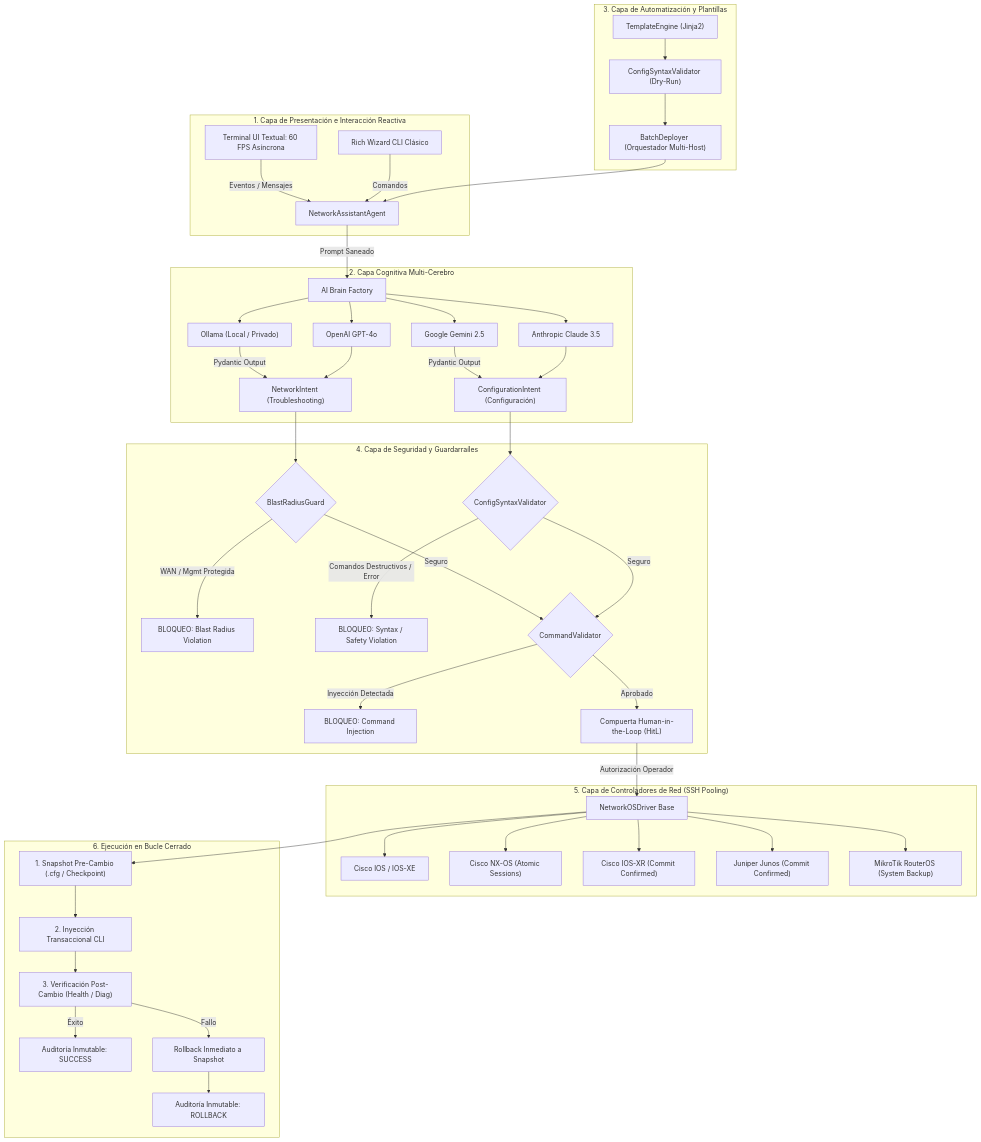
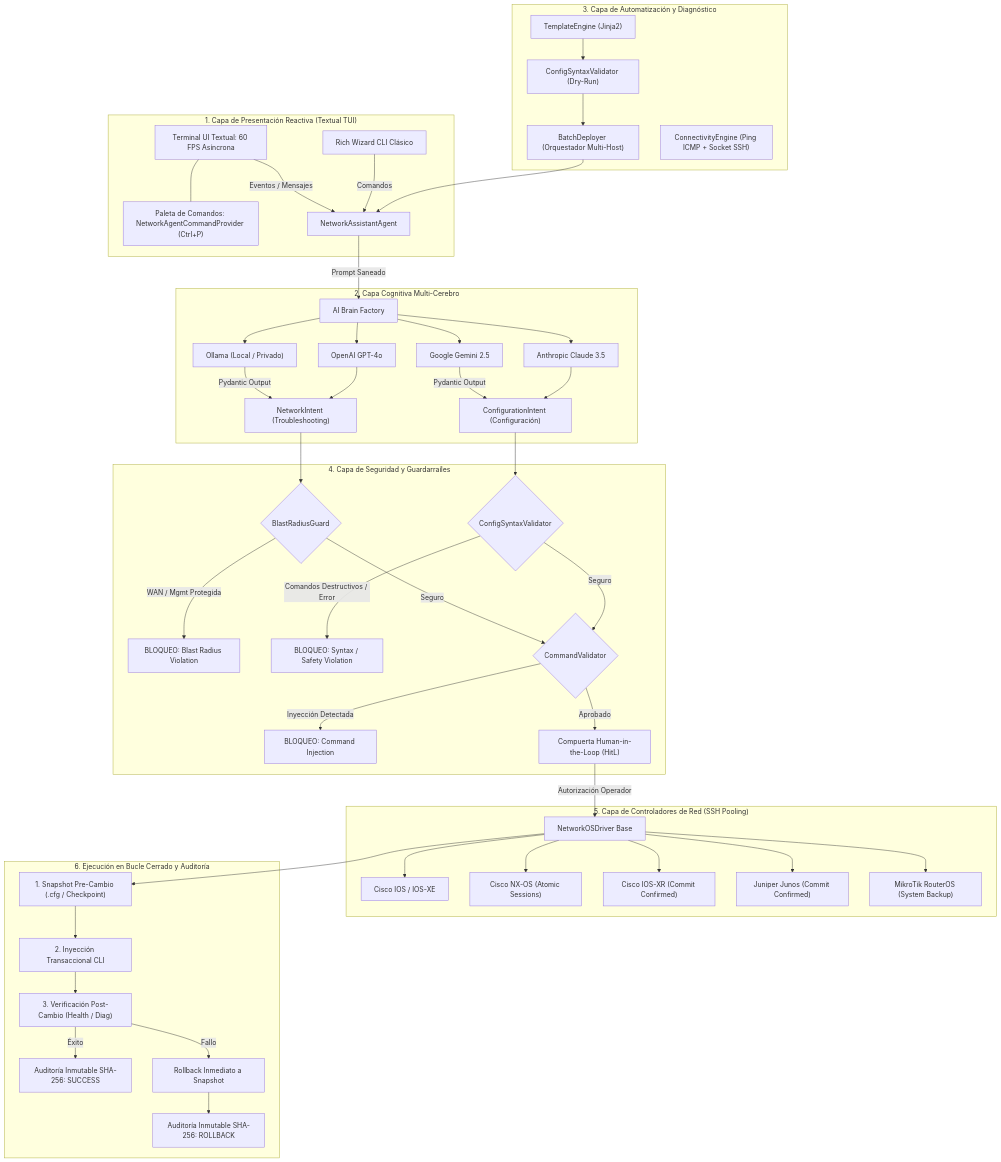
Before and after one commit to GuifMur98/networkingAgent: the first of 2 diagrams in docs/ARCHITECTURE.md, drawn with Mermaid. The commit also changed other lines of this file and 6 other files, not shown here.

````diff
--- a/docs/ARCHITECTURE.md
+++ b/docs/ARCHITECTURE.md
@@ -16,56 +17,59 @@
 ```mermaid
 flowchart TD
-    subgraph PresentationLayer ["1. Capa de Presentación e Interacción Reactiva"]
+    subgraph PresentationLayer ["1. Capa de Presentación Reactiva (Textual TUI)"]
         TUI["Terminal UI Textual: 60 FPS Asíncrona"]
+        PAL["Paleta de Comandos: NetworkAgentCommandProvider (Ctrl+P)"]
         CLI["Rich Wizard CLI Clásico"]
+        TUI --- PAL
         TUI -->|Eventos / Mensajes| AG["NetworkAssistantAgent"]
         CLI -->|Comandos| AG
     end
 
     subgraph CognitiveLayer ["2. Capa Cognitiva Multi-Cerebro"]
         AG -->|Prompt Saneado| BF["AI Brain Factory"]
         BF --> OLL["Ollama (Local / Privado)"]
         BF --> GEM["Google Gemini 2.5"]
         BF --> OAI["OpenAI GPT-4o"]
         BF --> CLA["Anthropic Claude 3.5"]
         OLL -->|Pydantic Output| NI["NetworkIntent (Troubleshooting)"]
         GEM -->|Pydantic Output| CI["ConfigurationIntent (Configuración)"]
         OAI --> NI
         CLA --> CI
     end
 
-    subgraph AutomationLayer ["3. Capa de Automatización y Plantillas"]
+    subgraph AutomationLayer ["3. Capa de Automatización y Diagnóstico"]
         TE["TemplateEngine (Jinja2)"] --> SV["ConfigSyntaxValidator (Dry-Run)"]
         SV --> BD["BatchDeployer (Orquestador Multi-Host)"]
+        CON["ConnectivityEngine (Ping ICMP + Socket SSH)"]
         BD --> AG
     end
 
     subgraph GuardrailLayer ["4. Capa de Seguridad y Guardarraíles"]
         NI --> BG{"BlastRadiusGuard"}
         CI --> SV2{"ConfigSyntaxValidator"}
         BG -->|WAN / Mgmt Protegida| BLK1["BLOQUEO: Blast Radius Violation"]
         SV2 -->|Comandos Destructivos / Error| BLK2["BLOQUEO: Syntax / Safety Violation"]
         BG -->|Seguro| CV{"CommandValidator"}
         SV2 -->|Seguro| CV
         CV -->|Inyección Detectada| BLK3["BLOQUEO: Command Injection"]
         CV -->|Aprobado| HITL["Compuerta Human-in-the-Loop (HitL)"]
     end
 
     subgraph DriverLayer ["5. Capa de Controladores de Red (SSH Pooling)"]
         HITL -->|Autorización Operador| DRV["NetworkOSDriver Base"]
         DRV --> D_IOS["Cisco IOS / IOS-XE"]
         DRV --> D_NX["Cisco NX-OS (Atomic Sessions)"]
         DRV --> D_XR["Cisco IOS-XR (Commit Confirmed)"]
         DRV --> D_JUN["Juniper Junos (Commit Confirmed)"]
         DRV --> D_TIK["MikroTik RouterOS (System Backup)"]
     end
 
-    subgraph ClosedLoopExecution ["6. Ejecución en Bucle Cerrado"]
+    subgraph ClosedLoopExecution ["6. Ejecución en Bucle Cerrado y Auditoría"]
         DRV --> SNAP["1. Snapshot Pre-Cambio (.cfg / Checkpoint)"]
         SNAP --> EXEC["2. Inyección Transaccional CLI"]
         EXEC --> POST["3. Verificación Post-Cambio (Health / Diag)"]
-        POST -->|Éxito| AUD["Auditoría Inmutable: SUCCESS"]
+        POST -->|Éxito| AUD["Auditoría Inmutable SHA-256: SUCCESS"]
         POST -->|Fallo| RBK["Rollback Inmediato a Snapshot"]
-        RBK --> AUD_FAIL["Auditoría Inmutable: ROLLBACK"]
+        RBK --> AUD_FAIL["Auditoría Inmutable SHA-256: ROLLBACK"]
     end
 ```
````
